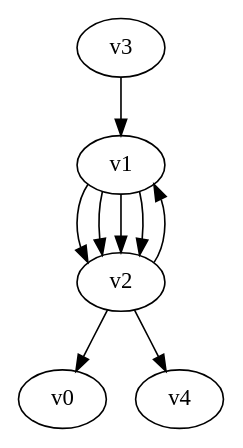
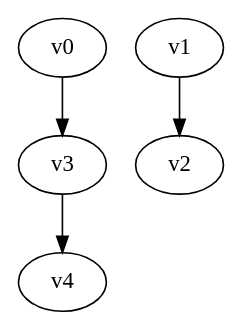
One commit to yadej/graph_project changed the diagram in digraph.dot. Above: the diagram before and after it, drawn with Graphviz. The commit also changed 5 other files, not shown here.

```diff
--- a/digraph.dot
+++ b/digraph.dot
@@ -1,10 +1,4 @@
 digraph G { 
+v0 -> v3 -> v4;
 v1 -> v2;
-v1 -> v2;
-v1 -> v2;
-v1 -> v2;
-v2 -> v0;
-v2 -> v1;
-v2 -> v4;
-v3 -> v1;
 }
```
